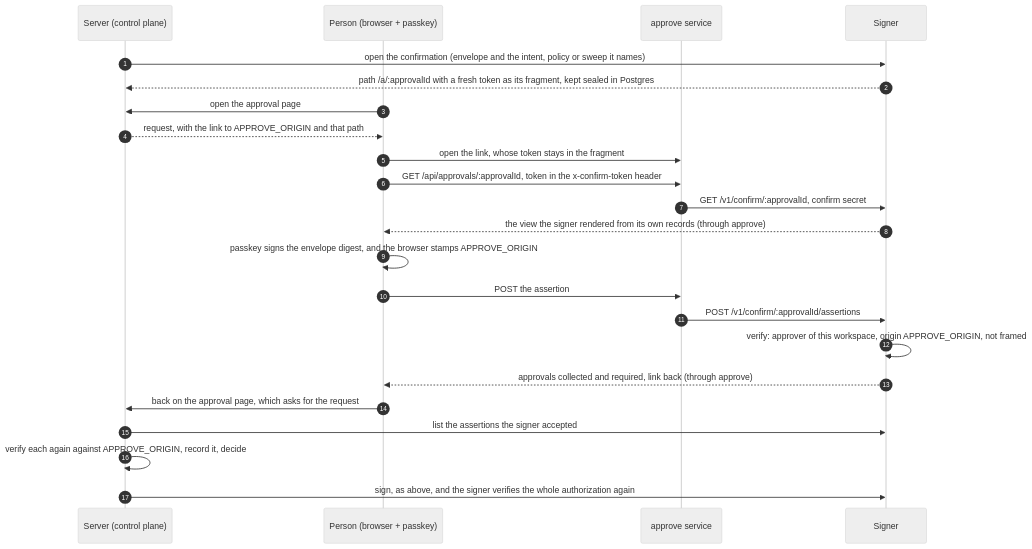
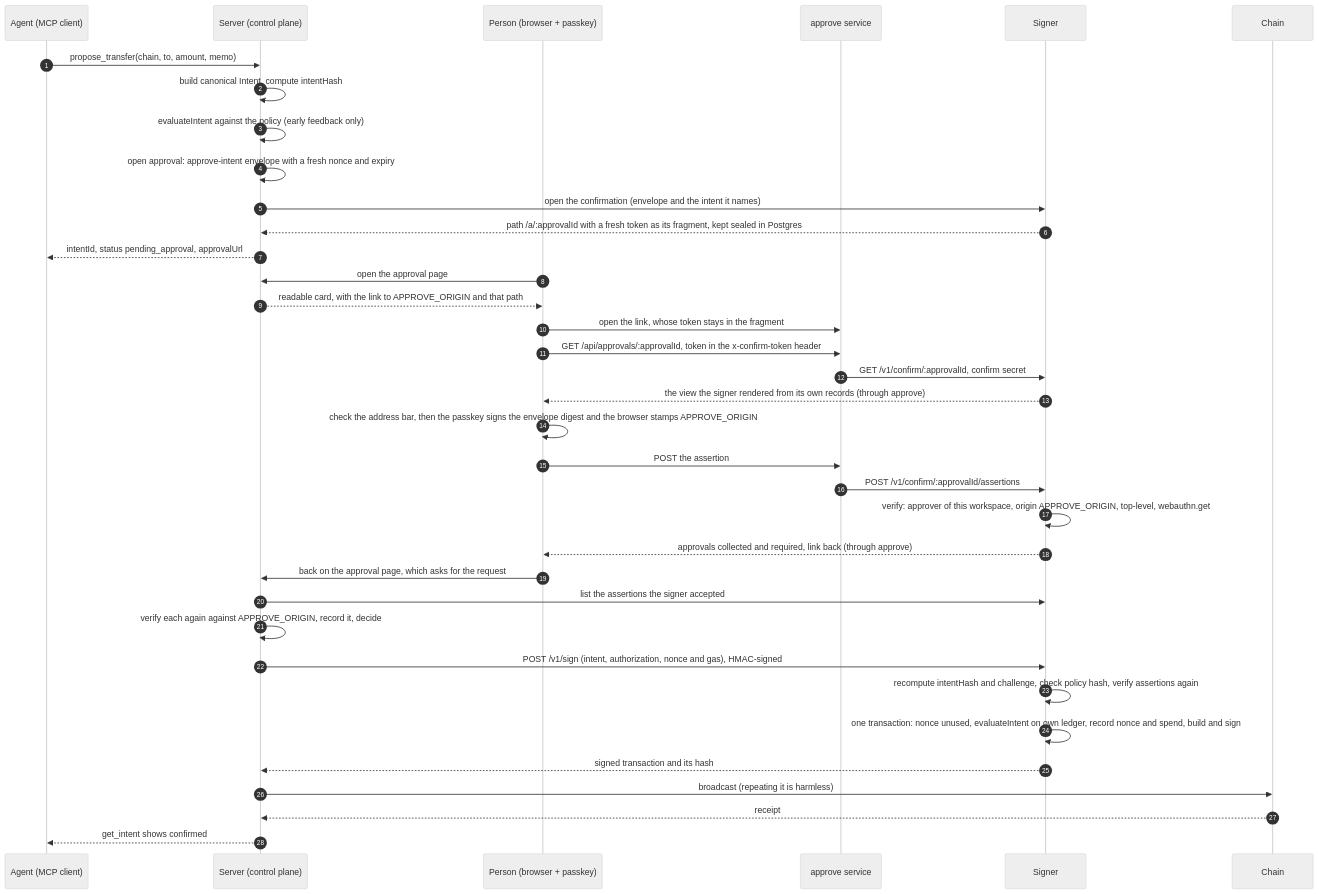
Before and after one commit to askgina/os: the second of 2 diagrams in docs/architecture.md, drawn with Mermaid (neutral theme). The commit also changed other lines of this file and 86 other files, not shown here.

First line of the commit message:
feat!: approvals are made only on the signer's confirmation page

````diff
--- a/docs/architecture.md
+++ b/docs/architecture.md
@@ -144,25 +117,38 @@
 ```mermaid
 sequenceDiagram
   autonumber
+  participant Ag as Agent (MCP client)
   participant S as Server (control plane)
   participant P as Person (browser + passkey)
   participant A as approve service
   participant G as Signer
-  S->>G: open the confirmation (envelope and the intent, policy or sweep it names)
+  participant Ch as Chain
+  Ag->>S: propose_transfer(chain, to, amount, memo)
+  S->>S: build canonical Intent, compute intentHash
+  S->>S: evaluateIntent against the policy (early feedback only)
+  S->>S: open approval: approve-intent envelope with a fresh nonce and expiry
+  S->>G: open the confirmation (envelope and the intent it names)
   G-->>S: path /a/:approvalId with a fresh token as its fragment, kept sealed in Postgres
+  S-->>Ag: intentId, status pending_approval, approvalUrl
   P->>S: open the approval page
-  S-->>P: request, with the link to APPROVE_ORIGIN and that path
+  S-->>P: readable card, with the link to APPROVE_ORIGIN and that path
   P->>A: open the link, whose token stays in the fragment
   P->>A: GET /api/approvals/:approvalId, token in the x-confirm-token header
   A->>G: GET /v1/confirm/:approvalId, confirm secret
   G-->>P: the view the signer rendered from its own records (through approve)
-  P->>P: passkey signs the envelope digest, and the browser stamps APPROVE_ORIGIN
+  P->>P: check the address bar, then the passkey signs the envelope digest and the browser stamps APPROVE_ORIGIN
   P->>A: POST the assertion
   A->>G: POST /v1/confirm/:approvalId/assertions
-  G->>G: verify: approver of this workspace, origin APPROVE_ORIGIN, not framed
+  G->>G: verify: approver of this workspace, origin APPROVE_ORIGIN, top-level, webauthn.get
   G-->>P: approvals collected and required, link back (through approve)
   P->>S: back on the approval page, which asks for the request
   S->>G: list the assertions the signer accepted
   S->>S: verify each again against APPROVE_ORIGIN, record it, decide
-  S->>G: sign, as above, and the signer verifies the whole authorization again
+  S->>G: POST /v1/sign (intent, authorization, nonce and gas), HMAC-signed
+  G->>G: recompute intentHash and challenge, check policy hash, verify assertions again
+  G->>G: one transaction: nonce unused, evaluateIntent on own ledger, record nonce and spend, build and sign
+  G-->>S: signed transaction and its hash
+  S->>Ch: broadcast (repeating it is harmless)
+  Ch-->>S: receipt
+  S-->>Ag: get_intent shows confirmed
 ```
````
